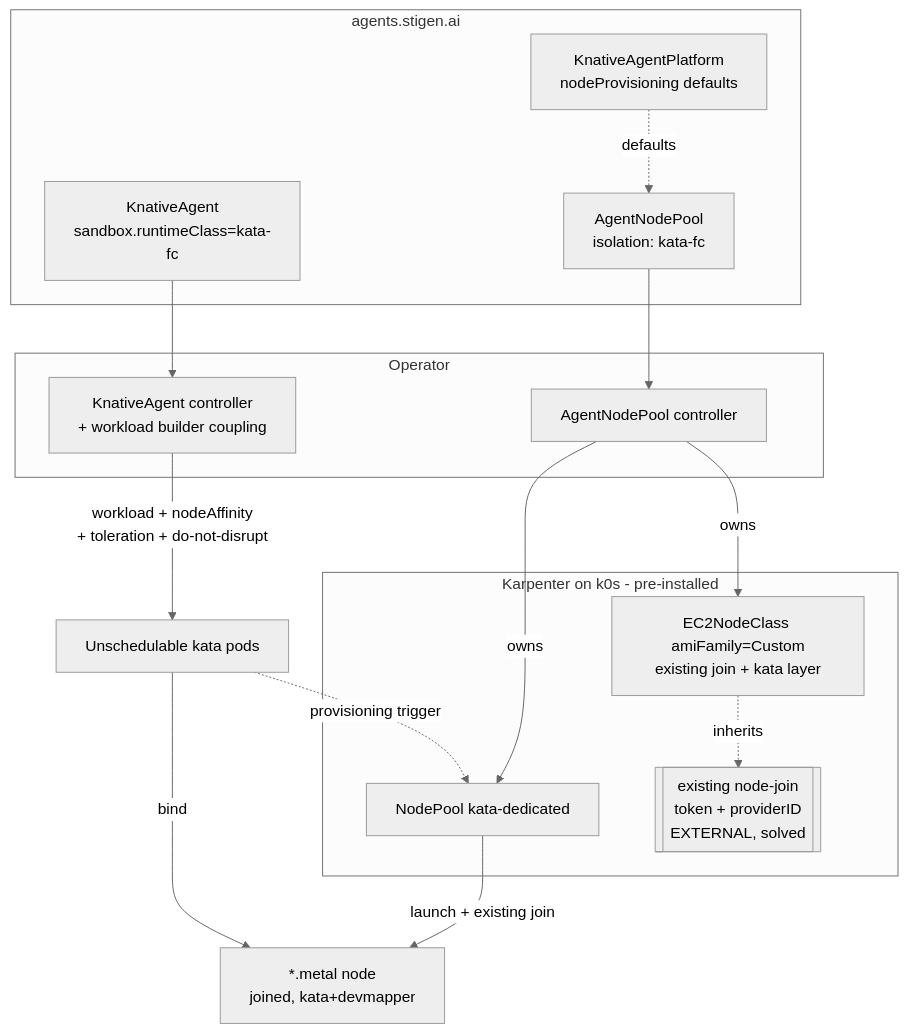
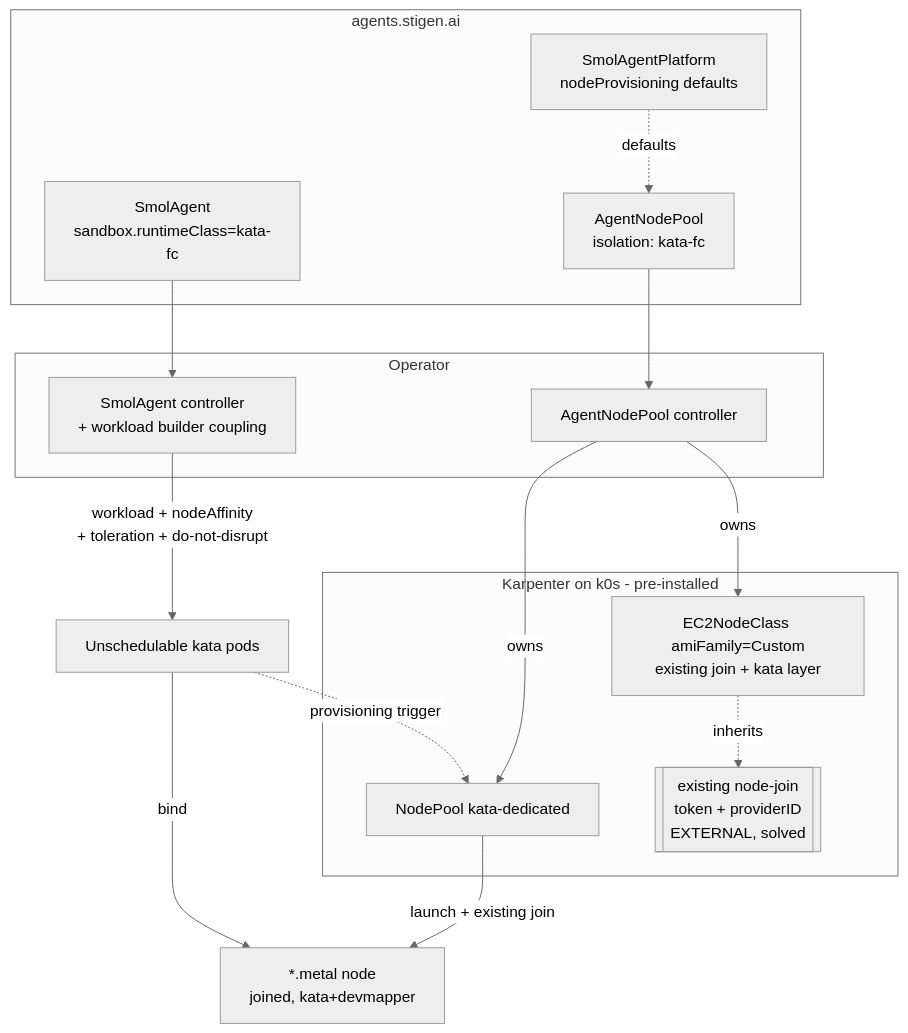
The diagram in docs/design/agent-platform.md (smol-platform/smol-agents), drawn with Mermaid (neutral theme) before and after one commit. The commit also changed other lines of this file and 265 other files, not shown here.

First line of the commit message:
rename: knative-agents -> smol-agents; KnativeAgent -> SmolAgent (de-Knative)

````diff
--- a/docs/design/agent-platform.md
+++ b/docs/design/agent-platform.md
@@ -145,30 +145,30 @@
 ```mermaid
 graph TD
     subgraph User_API[agents.stigen.ai]
-        KNAP[KnativeAgentPlatform<br/>nodeProvisioning defaults]
+        KNAP[SmolAgentPlatform<br/>nodeProvisioning defaults]
         ANP[AgentNodePool<br/>isolation: kata-fc]
-        KNA[KnativeAgent<br/>sandbox.runtimeClass=kata-fc]
+        KNA[SmolAgent<br/>sandbox.runtimeClass=kata-fc]
     end
 
     subgraph Operator
         NPC[AgentNodePool controller]
-        WLC[KnativeAgent controller<br/>+ workload builder coupling]
+        WLC[SmolAgent controller<br/>+ workload builder coupling]
     end
 
     subgraph Karpenter[Karpenter on k0s - pre-installed]
         NP[NodePool kata-dedicated]
         ENC[EC2NodeClass amiFamily=Custom<br/>existing join + kata layer]
         JOIN[[existing node-join<br/>token + providerID<br/>EXTERNAL, solved]]
     end
 
     KNAP -. defaults .-> ANP
     ANP --> NPC
     NPC -->|owns| NP
     NPC -->|owns| ENC
     ENC -. inherits .-> JOIN
     KNA --> WLC
     WLC -->|workload + nodeAffinity<br/>+ toleration + do-not-disrupt| PODS[Unschedulable kata pods]
     PODS -. provisioning trigger .-> NP
     NP -->|launch + existing join| NODE[*.metal node<br/>joined, kata+devmapper]
     PODS -->|bind| NODE
 ```
````
